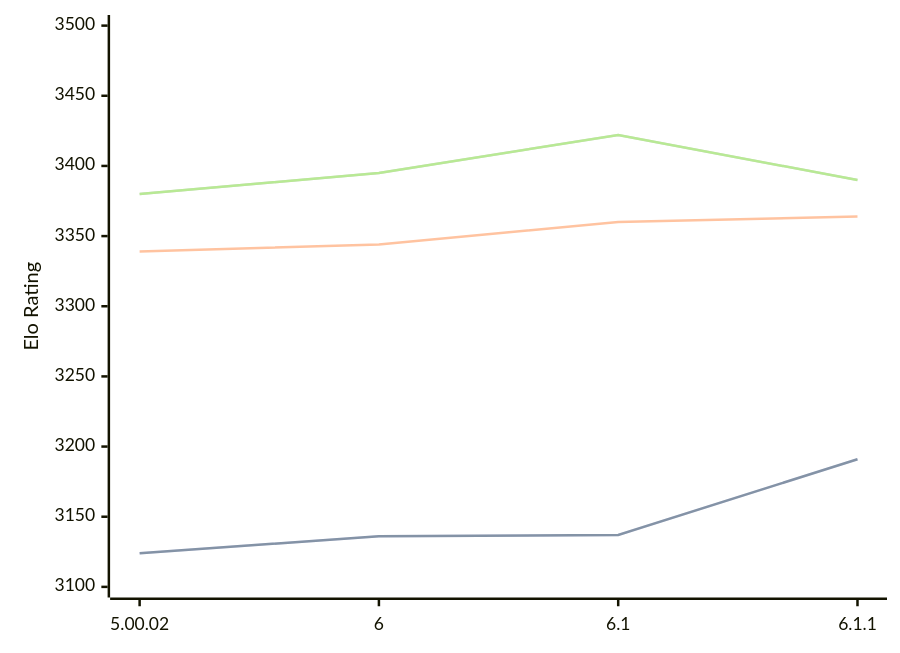
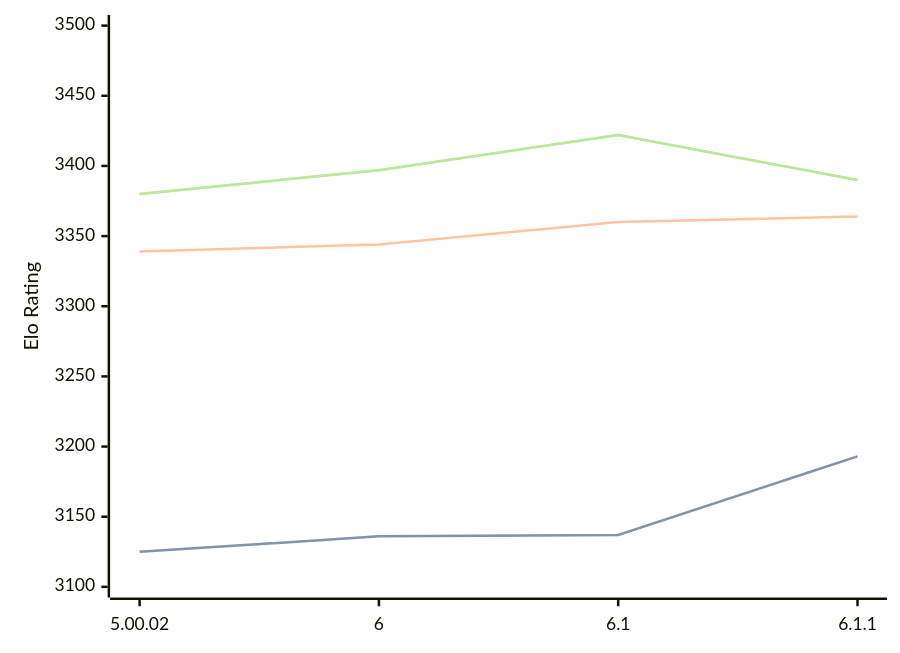
One commit to computer-chess-index/cci changed the third of 3 diagrams in engines/Zangdar.md. Above: the diagram before and after it, drawn with Mermaid. The commit also changed other lines of this file, not shown here.

Commit message:
Update CCI Ratings (ELO VLTC) - 2026-07-13

````diff
--- a/engines/Zangdar.md
+++ b/engines/Zangdar.md
@@ -79,11 +79,11 @@
 ```mermaid
 %%{init: {"theme":"base","themeVariables":{"seriesColors:['#a3a3a3','#222221','#faa371']}}}%%
 xychart-beta
   x-axis ["5.00.02", "6", "6.1", "6.1.1"]
   y-axis "Elo Rating" 3100 --> 3500
-  line "STC (8.0+0.08s)" [3124, 3136, 3137, 3191]
-  line "STC (8.0+0.08s)" [3124, 3136, 3137, 3191]
+  line "STC (8.0+0.08s)" [3125, 3136, 3137, 3193]
+  line "STC (8.0+0.08s)" [3125, 3136, 3137, 3193]
   line "LTC (60.0+0.60s)" [3339, 3344, 3360, 3364]
-  line "VLTC (2m24s+1.12s)" [3380, 3395, 3422, 3390]
-  line "VLTC (2m24s+1.12s)" [3380, 3395, 3422, 3390]
+  line "VLTC (2m24s+1.12s)" [3380, 3397, 3422, 3390]
+  line "VLTC (2m24s+1.12s)" [3380, 3397, 3422, 3390]
 ```
````
